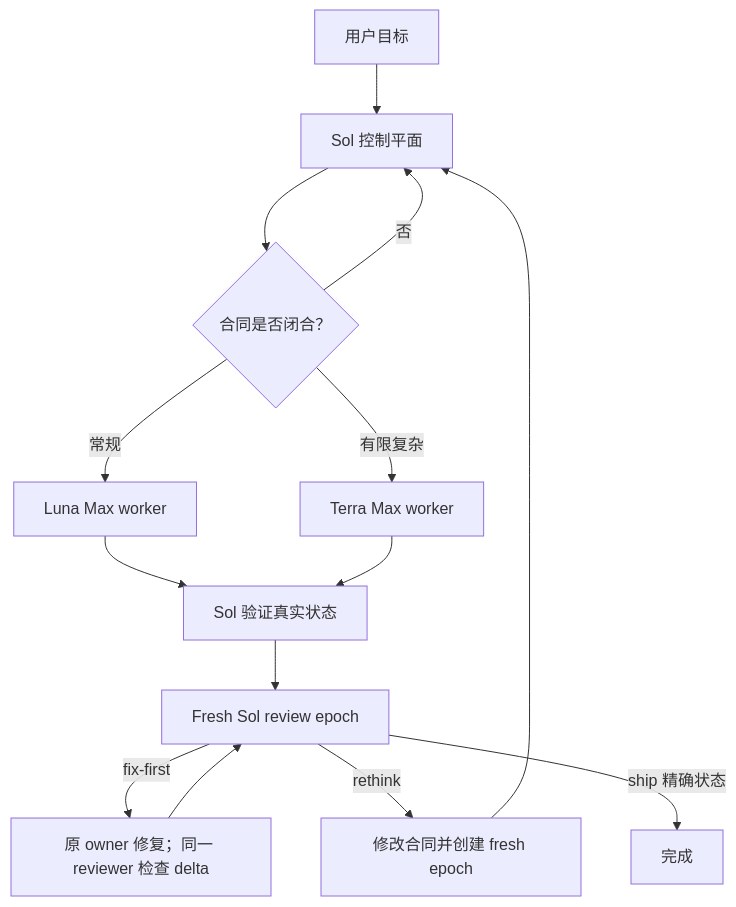
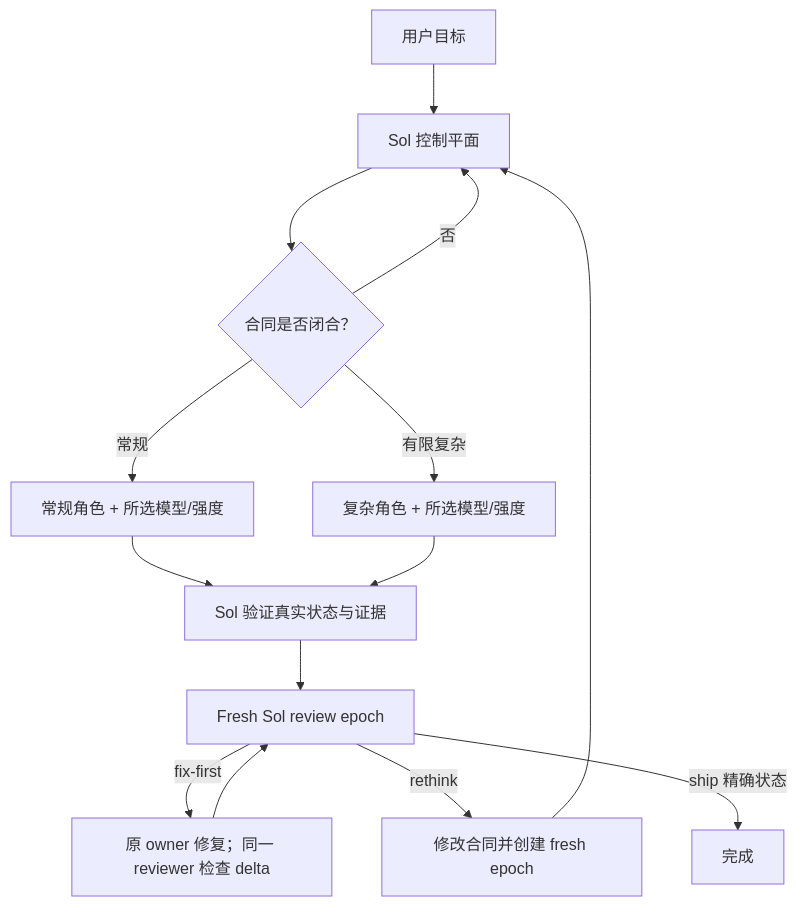
Before and after one commit to KirschBluteX/agent-orchestration-gateway: the diagram in README.zh-CN.md, drawn with Mermaid. The commit also changed other lines of this file and 29 other files, not shown here.

````diff
--- a/README.zh-CN.md
+++ b/README.zh-CN.md
@@ -98,16 +114,16 @@
 ```mermaid
 flowchart TD
     U["用户目标"] --> S["Sol 控制平面"]
     S --> C{"合同是否闭合？"}
     C -->|"否"| S
-    C -->|"常规"| L["Luna Max worker"]
-    C -->|"有限复杂"| T["Terra Max worker"]
-    L --> V["Sol 验证真实状态"]
+    C -->|"常规"| L["常规角色 + 所选模型/强度"]
+    C -->|"有限复杂"| T["复杂角色 + 所选模型/强度"]
+    L --> V["Sol 验证真实状态与证据"]
     T --> V
     V --> R["Fresh Sol review epoch"]
     R -->|"fix-first"| F["原 owner 修复；同一 reviewer 检查 delta"]
     F --> R
     R -->|"rethink"| N["修改合同并创建 fresh epoch"]
     N --> S
     R -->|"ship 精确状态"| D["完成"]
 ```
````
